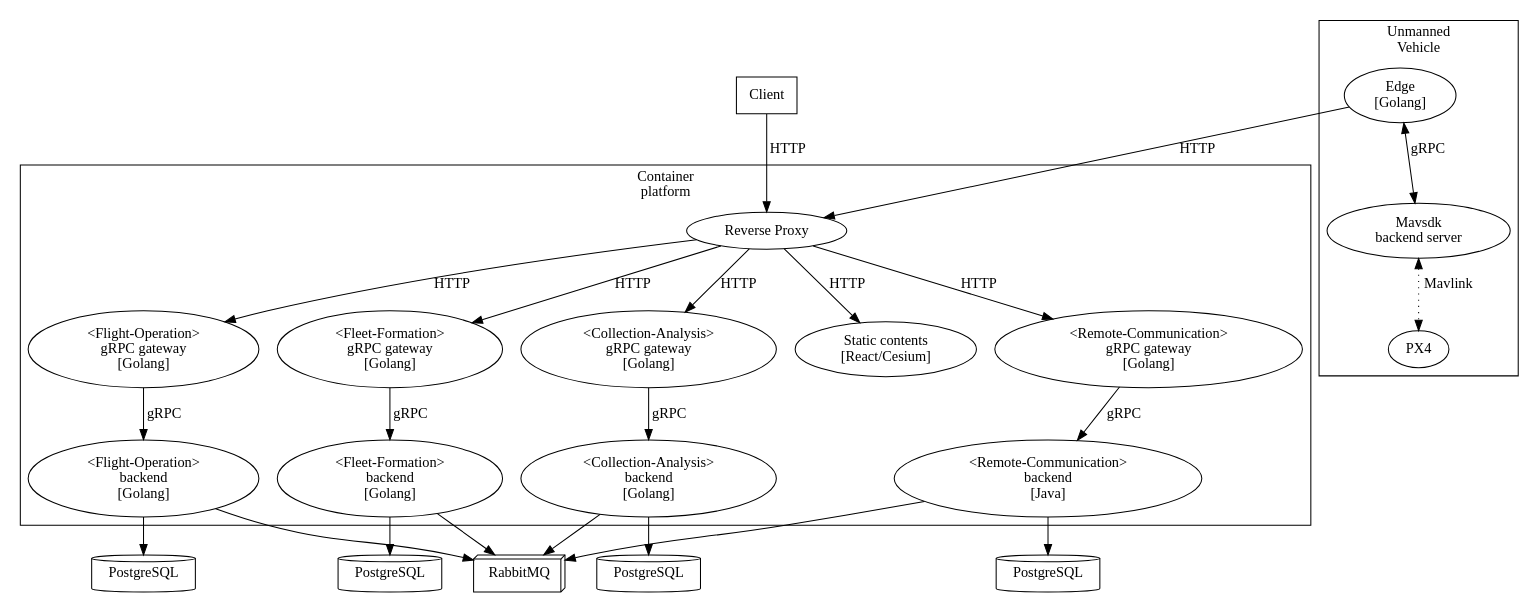
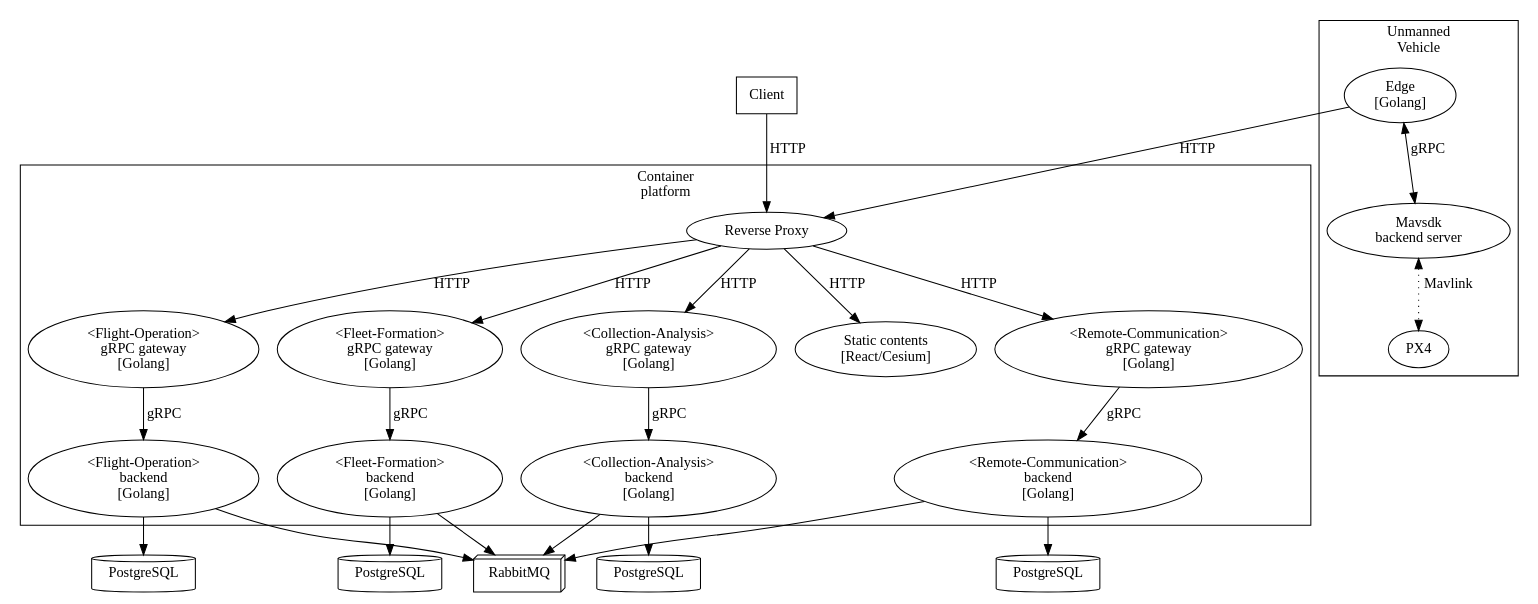
The diagram in contents/assets/simple_architecture.gv (Tomofiles/skysign_cloud_v2), drawn with Graphviz before and after one commit. The commit also changed 1 other file, not shown here.

```diff
--- a/contents/assets/simple_architecture.gv
+++ b/contents/assets/simple_architecture.gv
@@ -1,64 +1,64 @@
 // To render:
 // https://dreampuf.github.io/GraphvizOnline/
 digraph G {
   Client [label="Client", shape=Box];
   HTTPFrontend1 [label="<Remote-Communication>\ngRPC gateway\n[Golang]"];
   HTTPFrontend2 [label="<Fleet-Formation>\ngRPC gateway\n[Golang]"];
   HTTPFrontend3 [label="<Flight-Operation>\ngRPC gateway\n[Golang]"];
   HTTPFrontend4 [label="<Collection-Analysis>\ngRPC gateway\n[Golang]"];
 
-  RemoteCommunicationBackend [label="<Remote-Communication>\nbackend\n[Java]"];
+  RemoteCommunicationBackend [label="<Remote-Communication>\nbackend\n[Golang]"];
   FleetFormationBackend [label="<Fleet-Formation>\nbackend\n[Golang]"];
   FlightOperationBackend [label="<Flight-Operation>\nbackend\n[Golang]"];
   CollectionAnalysisBackend [label="<Collection-Analysis>\nbackend\n[Golang]"];
   
   PostgreSQL1 [label="PostgreSQL", shape=cylinder];
   PostgreSQL2 [label="PostgreSQL", shape=cylinder];
   PostgreSQL3 [label="PostgreSQL", shape=cylinder];
   PostgreSQL4 [label="PostgreSQL", shape=cylinder];
 
   RabbitMQ [label="RabbitMQ", shape=box3d];
   
   ReverseProxy [label="Reverse Proxy"];
   
   StaticContents [label="Static contents\n[React/Cesium]"];
   
   Edge_ [label="Edge\n[Golang]"];
   
   MavsdkBackend [label="Mavsdk\nbackend server"];
   
   PX4 [label="PX4"];
   
   Client -> ReverseProxy [label="HTTP"];
   Edge_ -> ReverseProxy [label="HTTP"];
   
   RemoteCommunicationBackend -> PostgreSQL1;
   FleetFormationBackend -> PostgreSQL2;
   FlightOperationBackend -> PostgreSQL3;
   CollectionAnalysisBackend -> PostgreSQL4;
 
   RemoteCommunicationBackend -> RabbitMQ;
   FleetFormationBackend -> RabbitMQ;
   FlightOperationBackend -> RabbitMQ;
   CollectionAnalysisBackend -> RabbitMQ;
 
   subgraph cluster_0 {
     label="Container\nplatform";
     ReverseProxy -> StaticContents [label="HTTP"];
     ReverseProxy -> HTTPFrontend1 [label="HTTP"];
     ReverseProxy -> HTTPFrontend2 [label="HTTP"];
     ReverseProxy -> HTTPFrontend3 [label="HTTP"];
     ReverseProxy -> HTTPFrontend4 [label="HTTP"];
   
     HTTPFrontend1 -> RemoteCommunicationBackend [label="gRPC"];
     HTTPFrontend2 -> FleetFormationBackend [label="gRPC"];
     HTTPFrontend3 -> FlightOperationBackend [label="gRPC"];
     HTTPFrontend4 -> CollectionAnalysisBackend [label="gRPC"];
   }
   
   subgraph cluster_1 {
     label="Unmanned\nVehicle";
     Edge_ -> MavsdkBackend [label="gRPC", dir=both];
     MavsdkBackend -> PX4 [label="Mavlink", dir=both, style=dotted];
   }
 }
```
